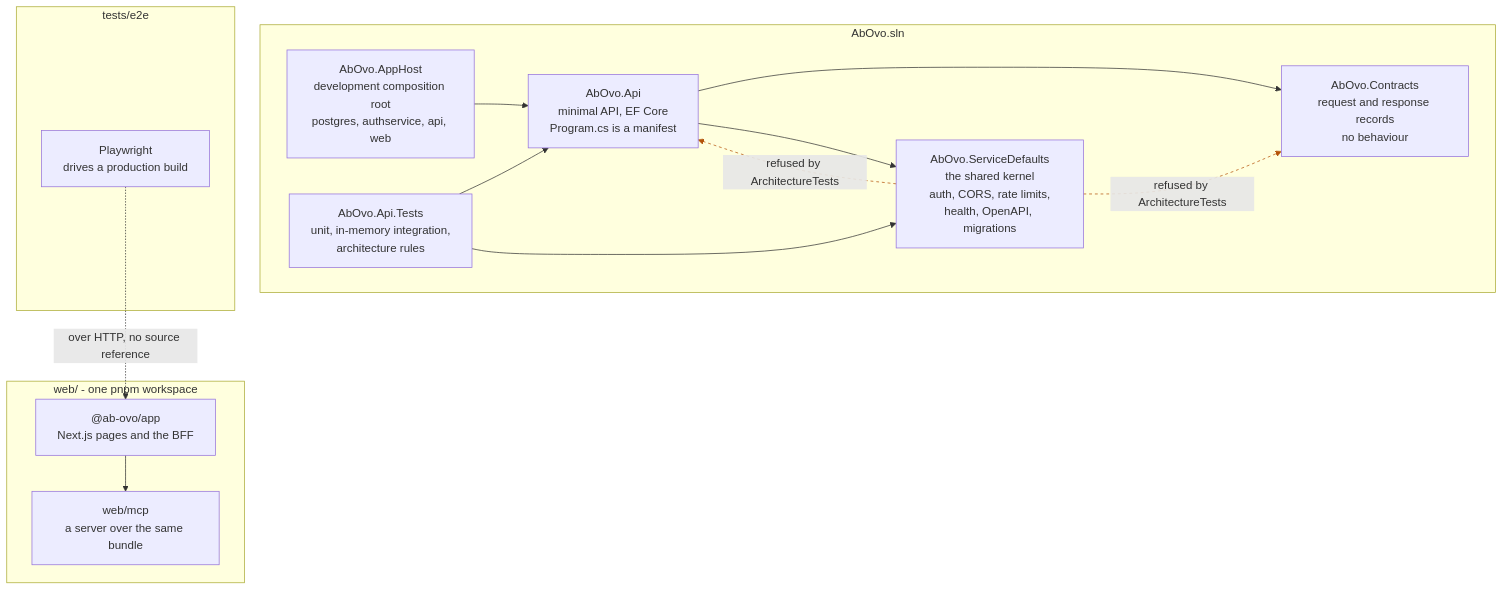
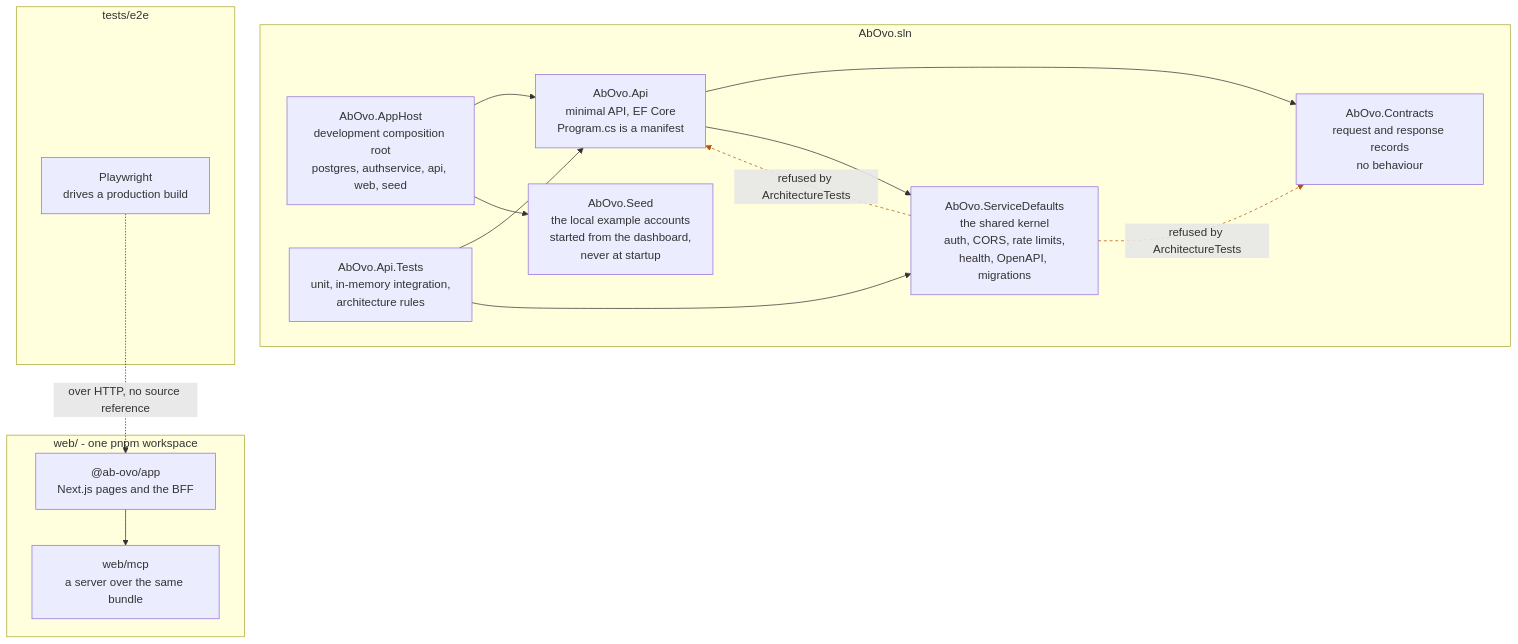
Before and after one commit to konradcinkusz/ab-ove: the diagram in docs/diagrams/a2-solution-layout.mmd, drawn with Mermaid. The commit also changed 31 other files, not shown here.

```diff
--- a/docs/diagrams/a2-solution-layout.mmd
+++ b/docs/diagrams/a2-solution-layout.mmd
@@ -1,43 +1,45 @@
-%% The solution layout: four .NET projects, one pnpm workspace, and what may reference what.
+%% The solution layout: the .NET projects, one pnpm workspace, and what may reference what.
 %% ONE DIAGRAM PER FILE. ASCII ONLY. See a1-system-context.mmd for why no comment line here
 %% is a bare %% marker.
 
 %% THE ARROWS ARE PROJECT REFERENCES, AND THE ABSENT ONES ARE THE POINT. The shared kernel
 %% (AbOvo.ServiceDefaults) has no arrow leaving it, because P2 makes it plumbing only and
 %% tests/AbOvo.Api.Tests/ArchitectureTests.cs refuses a reference from it to AbOvo.Api or
 %% AbOvo.Contracts. A .Core library that began as shared plumbing and ended as a shared
 %% domain has already been paid for twice in this estate.
 
 %% AbOvo.AppHost IS DEVELOPMENT ONLY (P1). It composes the system on a laptop; it is not
 %% the deployed topology, which is flyio/*.fly.toml and has never been applied.
 
 flowchart TD
   subgraph dotnet["AbOvo.sln"]
-    APPHOST["AbOvo.AppHost<br/>development composition root<br/>postgres, authservice, api, web"]
+    APPHOST["AbOvo.AppHost<br/>development composition root<br/>postgres, authservice, api, web, seed"]
     API["AbOvo.Api<br/>minimal API, EF Core<br/>Program.cs is a manifest"]
     CONTRACTS["AbOvo.Contracts<br/>request and response records<br/>no behaviour"]
     KERNEL["AbOvo.ServiceDefaults<br/>the shared kernel<br/>auth, CORS, rate limits,<br/>health, OpenAPI, migrations"]
     TESTS["AbOvo.Api.Tests<br/>unit, in-memory integration,<br/>architecture rules"]
+    SEED["AbOvo.Seed<br/>the local example accounts<br/>started from the dashboard,<br/>never at startup"]
   end
 
   subgraph node["web/ - one pnpm workspace"]
     APP["@ab-ovo/app<br/>Next.js pages and the BFF"]
     MCP["web/mcp<br/>a server over the same bundle"]
   end
 
   subgraph accept["tests/e2e"]
     E2E["Playwright<br/>drives a production build"]
   end
 
   APPHOST --> API
+  APPHOST --> SEED
   API --> CONTRACTS
   API --> KERNEL
   TESTS --> API
   TESTS --> KERNEL
   APP --> MCP
   E2E -.->|"over HTTP, no source reference"| APP
 
   KERNEL -.->|"refused by ArchitectureTests"| API
   KERNEL -.->|"refused by ArchitectureTests"| CONTRACTS
 
-  linkStyle 7,8 stroke:#b45309,stroke-dasharray: 4 4;
+  linkStyle 8,9 stroke:#b45309,stroke-dasharray: 4 4;
```
